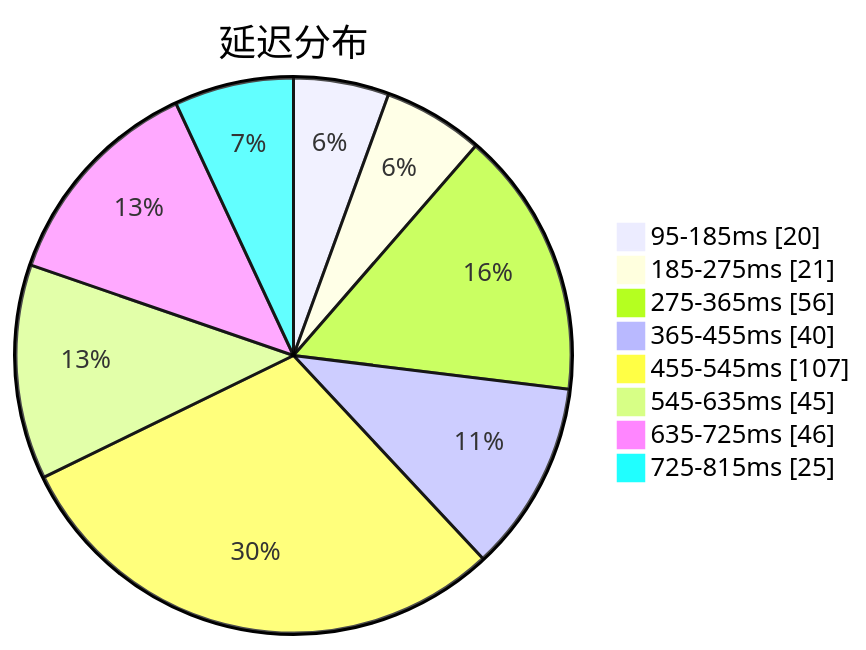
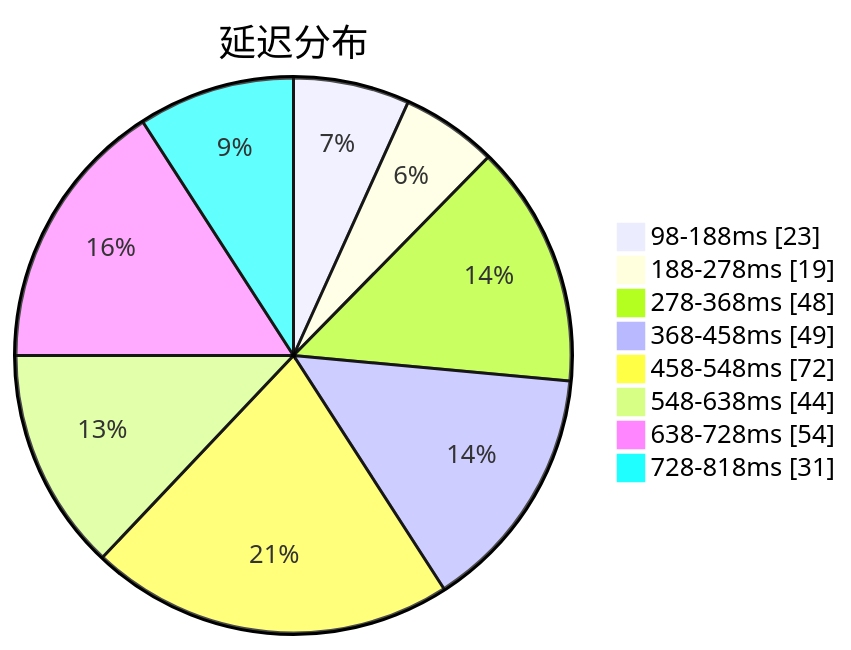
One commit to sinspired/airport changed the first of 3 diagrams in subs/statistics/tested_within.md. Above: the diagram before and after it, drawn with Mermaid. The commit also changed other lines of this file and 2 other files, not shown here.

````diff
--- a/subs/statistics/tested_within.md
+++ b/subs/statistics/tested_within.md
@@ -2,12 +2,12 @@
 ```mermaid
 pie showData
 title 延迟分布
-"95-185ms" : 20
-"185-275ms" : 21
-"275-365ms" : 56
-"365-455ms" : 40
-"455-545ms" : 107
-"545-635ms" : 45
-"635-725ms" : 46
-"725-815ms" : 25
+"98-188ms" : 23
+"188-278ms" : 19
+"278-368ms" : 48
+"368-458ms" : 49
+"458-548ms" : 72
+"548-638ms" : 44
+"638-728ms" : 54
+"728-818ms" : 31
 ```
````
